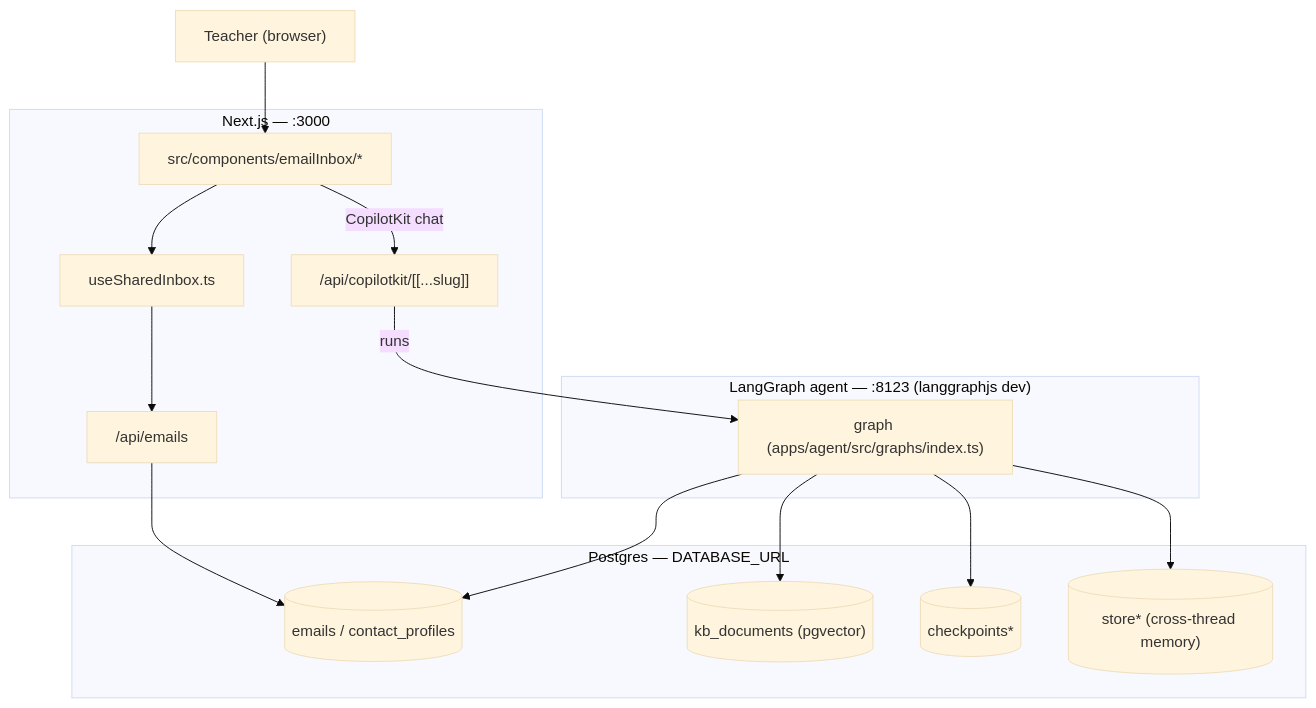
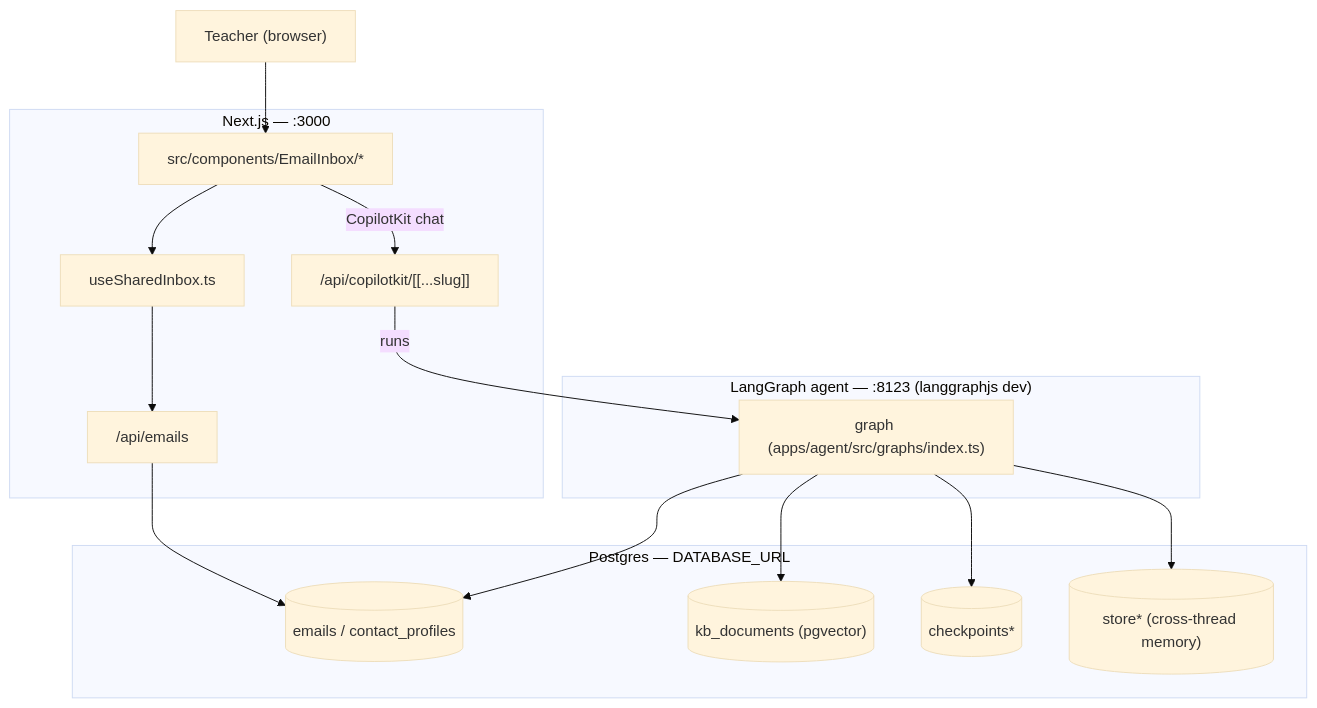
The first of 5 diagrams in practice-new-version/docs/ARCHITECTURE.md (myle-agilityio/langchain-training), drawn with Mermaid (base theme) before and after one commit. The commit also changed 55 other files, not shown here.

````diff
--- a/practice-new-version/docs/ARCHITECTURE.md
+++ b/practice-new-version/docs/ARCHITECTURE.md
@@ -8,34 +8,34 @@
 ```mermaid
 graph TD
     User["Teacher (browser)"]
 
     subgraph Frontend["Next.js — :3000"]
-        UI["src/components/emailInbox/*"]
+        UI["src/components/EmailInbox/*"]
         Hook["useSharedInbox.ts"]
         EmailsAPI["/api/emails"]
         CopilotRoute["/api/copilotkit/[[...slug]]"]
     end
 
     subgraph AgentServer["LangGraph agent — :8123 (langgraphjs dev)"]
         Graph["graph (apps/agent/src/graphs/index.ts)"]
     end
 
     subgraph Postgres["Postgres — DATABASE_URL"]
         EmailsTbl[("emails / contact_profiles")]
         KB[("kb_documents (pgvector)")]
         Checkpoints[("checkpoints*")]
         Store[("store* (cross-thread memory)")]
     end
 
     User --> UI
     UI --> Hook
     Hook --> EmailsAPI
     EmailsAPI --> EmailsTbl
     UI -- "CopilotKit chat" --> CopilotRoute
     CopilotRoute -- "runs" --> Graph
 
     Graph --> EmailsTbl
     Graph --> KB
     Graph --> Checkpoints
     Graph --> Store
 ```
````
